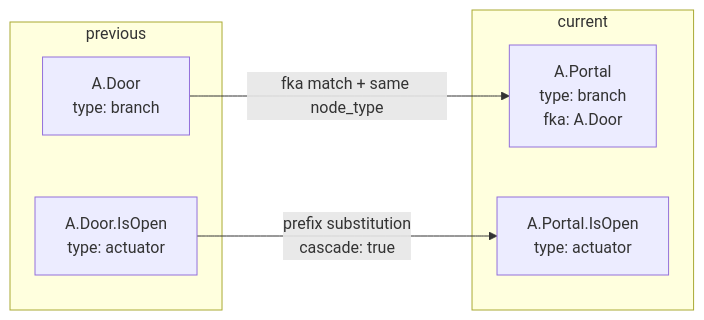
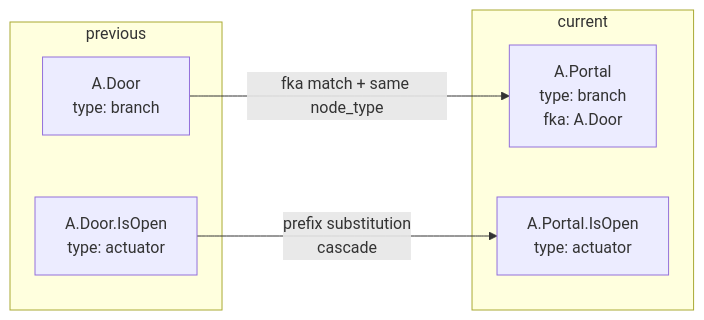
The first of 2 diagrams in docs/diff.md (COVESA/vss-tools), drawn with Mermaid before and after one commit. The commit also changed other lines of this file and 4 other files, not shown here.

````diff
--- a/docs/diff.md
+++ b/docs/diff.md
@@ -52,13 +150,13 @@
 ```mermaid
 flowchart LR
     subgraph previous
         A[A.Door\ntype: branch]
         B[A.Door.IsOpen\ntype: actuator]
     end
     subgraph current
         C["A.Portal\ntype: branch\nfka: A.Door"]
         D[A.Portal.IsOpen\ntype: actuator]
     end
     A -- "fka match + same node_type" --> C
-    B -- "prefix substitution\ncascade: true" --> D
+    B -- "prefix substitution\ncascade" --> D
 ```
````
